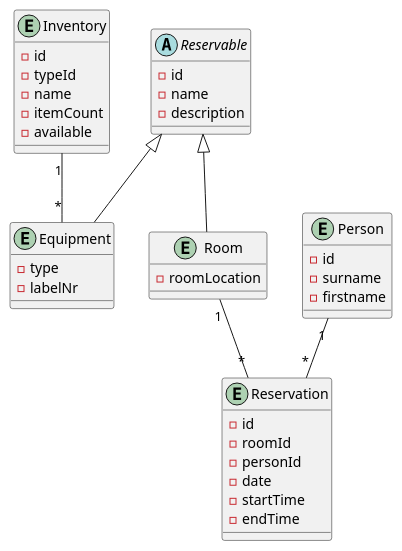
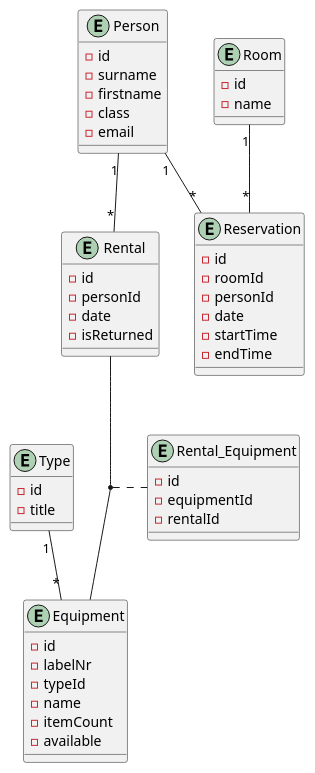
One commit to S-Stoeger/OmniaL changed the diagram in dokument/datenmodel.puml. Above: the diagram before and after it, drawn with PlantUML.

Commit message:
update ERD

```diff
--- a/dokument/datenmodel.puml
+++ b/dokument/datenmodel.puml
@@ -1,49 +1,62 @@
 @startuml
 
-abstract Reservable {
+entity Type {
 - id
-- name
-- description
+- title
 }
 
-entity Inventory {
+entity Equipment {
 - id
+- labelNr
 - typeId
 - name
 - itemCount
 - available
 }
 
-entity Equipment {
-- type
-- labelNr
+entity Rental {
+- id
+- personId
+- date
+- isReturned
 }
 
+entity Rental_Equipment {
+- id
+- equipmentId
+- rentalId
+}
+
+
 entity Room {
-- roomLocation
+- id
+- name
 }
 
 entity Reservation {
 - id
 - roomId
 - personId
 - date
 - startTime
 - endTime
 }
 
 
 entity Person {
 - id
 - surname
 - firstname
+- class
+- email
 }
 
 
-Reservable <|-- Equipment
-Reservable <|-- Room
 Room "1"--"*" Reservation
 Person "1"--"*" Reservation
-Inventory "1" -- "*" Equipment
+Type "1" -- "*" Equipment
+Person "1"--"*" Rental
+
+(Rental, Equipment) .. Rental_Equipment
 
 @enduml
```
